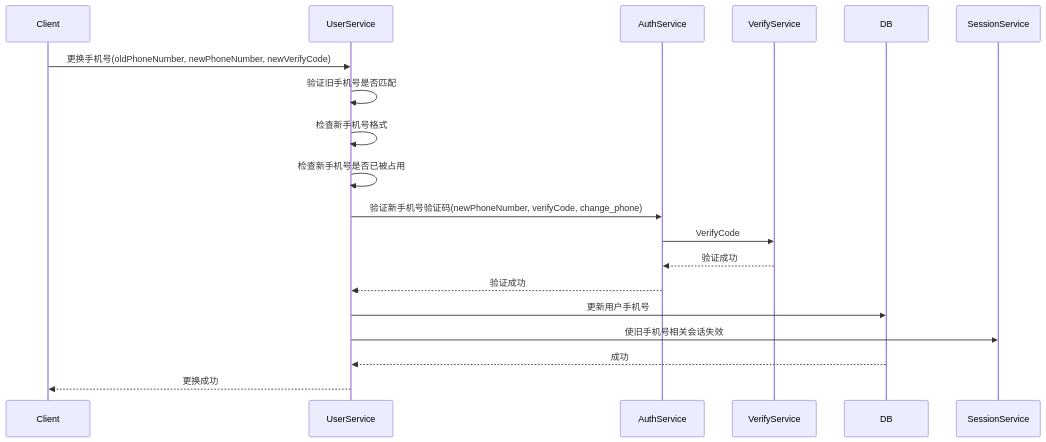
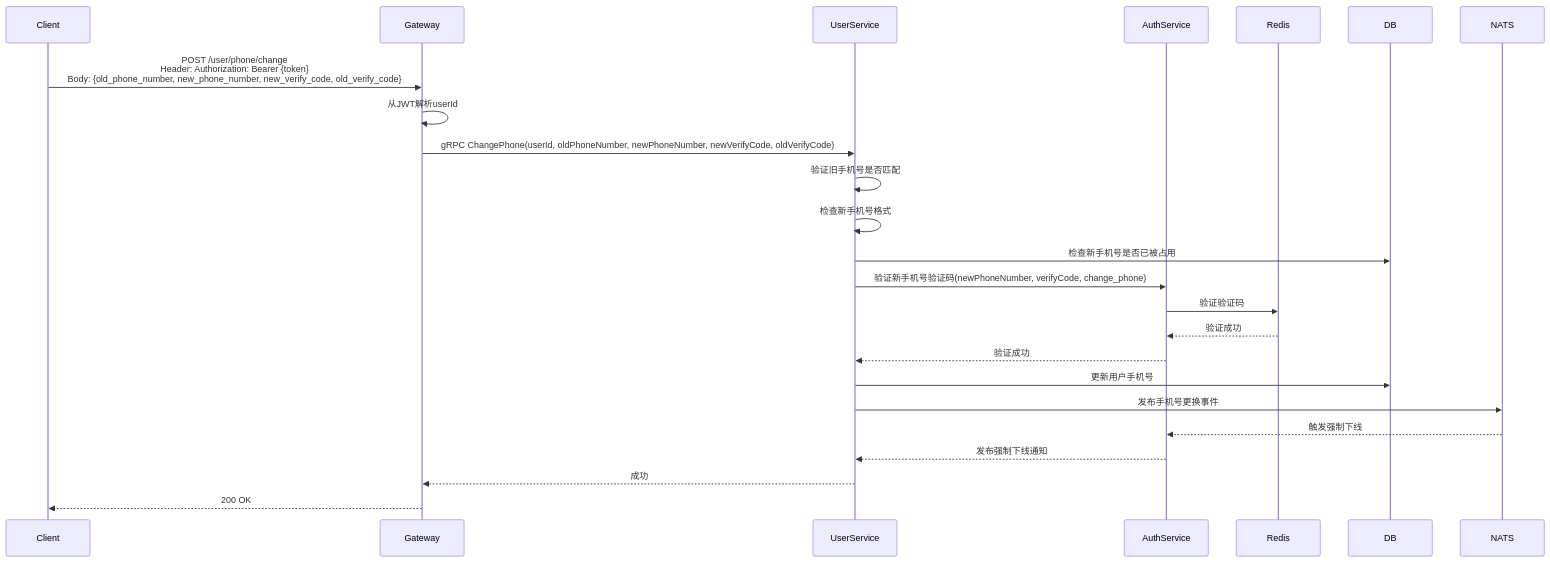
One commit to yzhgit/anychat-server changed the diagram in docs/design/auth/change-phone.md. Above: the diagram before and after it, drawn with Mermaid. The commit also changed 30 other files, not shown here.

First line of the commit message:
docs: 更新设计文档时序图，添加Gateway和NATS参与者

````diff
--- a/docs/design/auth/change-phone.md
+++ b/docs/design/auth/change-phone.md
@@ -15,21 +15,27 @@
 ```mermaid
 sequenceDiagram
     participant Client
+    participant Gateway
     participant UserService
     participant AuthService
-    participant VerifyService
+    participant Redis
     participant DB
+    participant NATS
 
-    Client->>UserService: 更换手机号(oldPhoneNumber, newPhoneNumber, newVerifyCode)
+    Client->>Gateway: POST /user/phone/change<br/>Header: Authorization: Bearer {token}<br/>Body: {old_phone_number, new_phone_number, new_verify_code, old_verify_code}
+    Gateway->>Gateway: 从JWT解析userId
+    Gateway->>UserService: gRPC ChangePhone(userId, oldPhoneNumber, newPhoneNumber, newVerifyCode, oldVerifyCode)
     UserService->>UserService: 验证旧手机号是否匹配
     UserService->>UserService: 检查新手机号格式
-    UserService->>UserService: 检查新手机号是否已被占用
+    UserService->>DB: 检查新手机号是否已被占用
     UserService->>AuthService: 验证新手机号验证码(newPhoneNumber, verifyCode, change_phone)
-    AuthService->>VerifyService: VerifyCode
-    VerifyService-->>AuthService: 验证成功
+    AuthService->>Redis: 验证验证码
+    Redis-->>AuthService: 验证成功
     AuthService-->>UserService: 验证成功
     UserService->>DB: 更新用户手机号
-    UserService->>SessionService: 使旧手机号相关会话失效
-    DB-->>UserService: 成功
-    UserService-->>Client: 更换成功
+    UserService->>NATS: 发布手机号更换事件
+    NATS-->>AuthService: 触发强制下线
+    AuthService-->>UserService: 发布强制下线通知
+    UserService-->>Gateway: 成功
+    Gateway-->>Client: 200 OK
 ```
````
